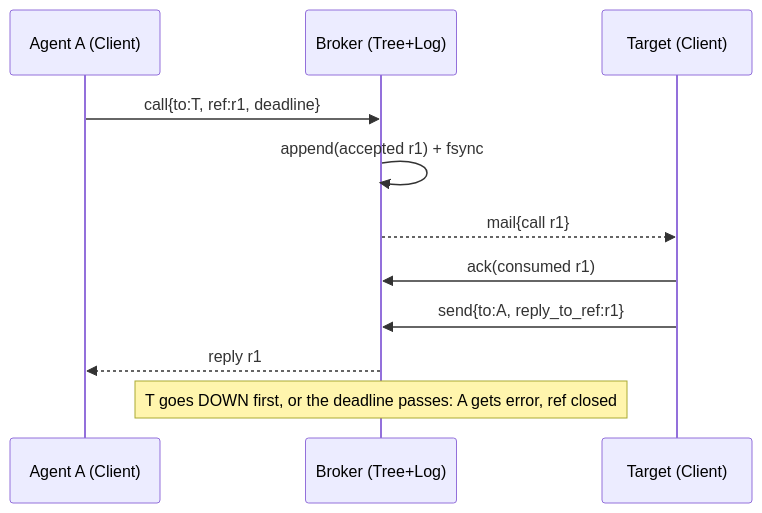
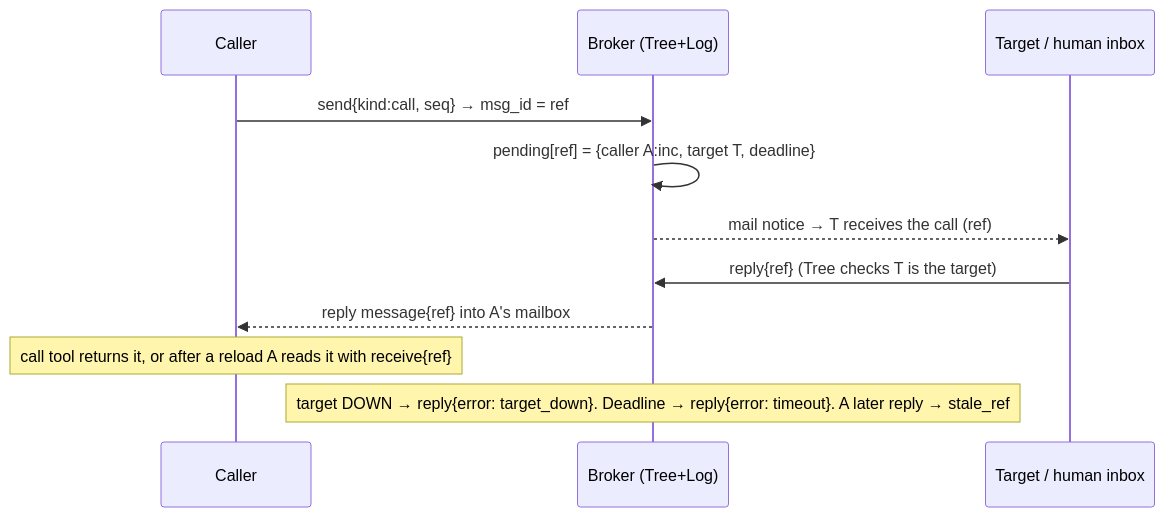
One commit to jkeskikangas/pi-actors changed the second of 2 diagrams in designs/pi-actors.md. Above: the diagram before and after it, drawn with Mermaid. The commit also changed other lines of this file and 1 other file, not shown here.

Commit message:
Design v2: address review R1-R21 (identity, delivery, keeper, mailbox bound, status machine)

````diff
--- a/designs/pi-actors.md
+++ b/designs/pi-actors.md
@@ -99,13 +181,13 @@
 ```mermaid
 sequenceDiagram
-  participant A as Agent A (Client)
+  participant A as Caller
   participant B as Broker (Tree+Log)
-  participant T as Target (Client)
-  A->>B: call{to:T, ref:r1, deadline}
-  B->>B: append(accepted r1) + fsync
-  B-->>T: mail{call r1}
-  T->>B: ack(consumed r1)
-  T->>B: send{to:A, reply_to_ref:r1}
-  B-->>A: reply r1
-  Note over B: T goes DOWN first, or the deadline passes: A gets error, ref closed
+  participant T as Target / human inbox
+  A->>B: send{kind:call, seq} → msg_id = ref
+  B->>B: pending[ref] = {caller A:inc, target T, deadline}
+  B-->>T: mail notice → T receives the call (ref)
+  T->>B: reply{ref} (Tree checks T is the target)
+  B-->>A: reply message{ref} into A's mailbox
+  Note over A: call tool returns it, or after a reload A reads it with receive{ref}
+  Note over B: target DOWN → reply{error: target_down}. Deadline → reply{error: timeout}. A later reply → stale_ref
 ```
````
